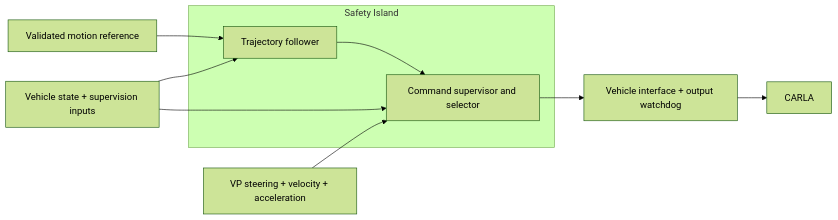
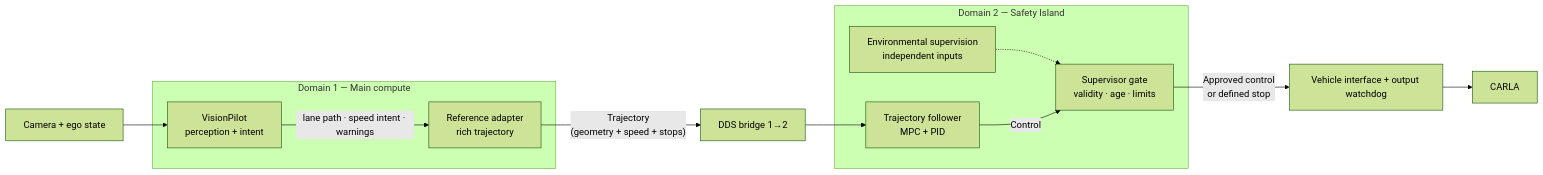
The diagram in docs/vp-si-integration-plan.md (oguzkaganozt/openadkit-e2e), drawn with Mermaid (forest theme) before and after one commit. The commit also changed other lines of this file and 1 other file, not shown here.

Commit message:
Docs: rewrite VP-SI plan around single-driver gate model

````diff
--- a/docs/vp-si-integration-plan.md
+++ b/docs/vp-si-integration-plan.md
@@ -40,12 +39,19 @@
 ```mermaid
 flowchart LR
-    VP["VP steering + velocity + acceleration"] --> Supervisor
-    Reference["Validated motion reference"] --> Follower
-    State["Vehicle state + supervision inputs"] --> Follower
-    State --> Supervisor
-    subgraph SI["Safety Island"]
-        Follower["Trajectory follower"] --> Supervisor["Command supervisor and selector"]
+    CAM["Camera + ego state"] --> VP
+    subgraph D1["Domain 1 — Main compute"]
+        VP["VisionPilot\nperception + intent"]
+        AD["Reference adapter\nrich trajectory"]
+        VP -->|"lane path · speed intent · warnings"| AD
     end
-    Supervisor --> Interface["Vehicle interface + output watchdog"]
-    Interface --> CARLA["CARLA"]
+    AD -->|"Trajectory\n(geometry + speed + stops)"| BR["DDS bridge 1→2"]
+    BR --> FOL
+    subgraph SI["Domain 2 — Safety Island"]
+        FOL["Trajectory follower\nMPC + PID"]
+        SUP["Supervisor gate\nvalidity · age · limits"]
+        ENV["Environmental supervision\nindependent inputs"] -.-> SUP
+        FOL -->|"Control"| SUP
+    end
+    SUP -->|"Approved control\nor defined stop"| IF["Vehicle interface + output watchdog"]
+    IF --> CARLA["CARLA"]
 ```
````
